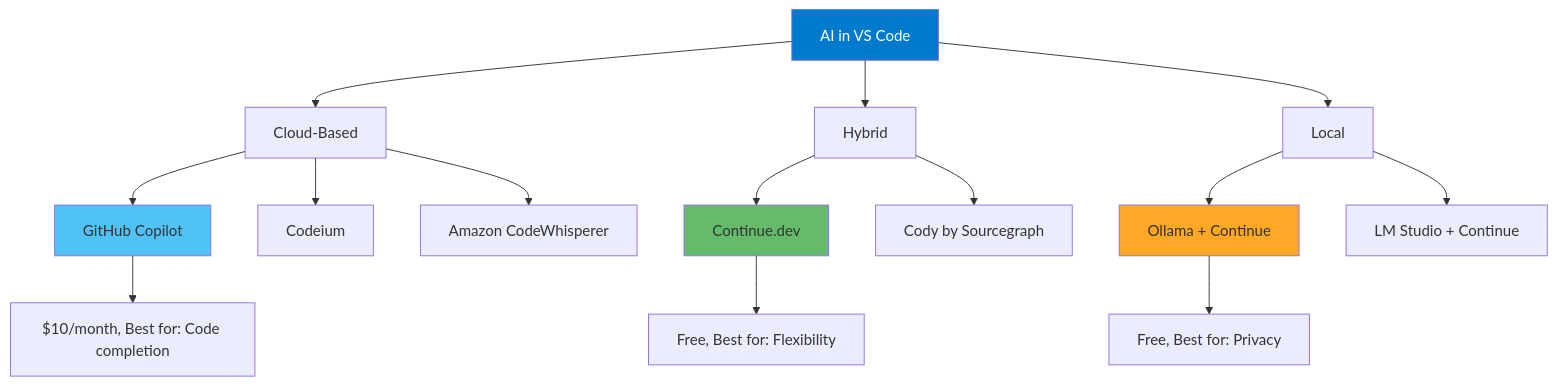
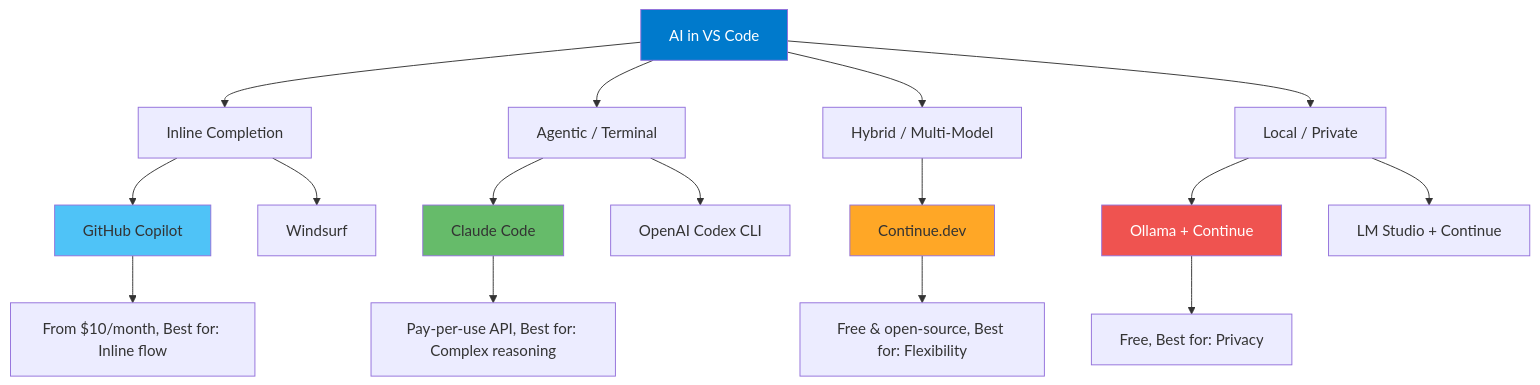
The first of 2 diagrams in public/data/workshops/vscode-learning-pathway/09-ai-integration.md (DreamLab-AI/dreamlab-ai-website), drawn with Mermaid before and after one commit. The commit also changed other lines of this file and 111 other files, not shown here.

First line of the commit message:
feat(workshops): comprehensive 2026 update + Docker & Claude Code deep dives

````diff
--- a/public/data/workshops/vscode-learning-pathway/09-ai-integration.md
+++ b/public/data/workshops/vscode-learning-pathway/09-ai-integration.md
@@ -14,25 +14,29 @@
 ```mermaid
 graph TD
-    A[AI in VS Code] --> B[Cloud-Based]
-    A --> C[Hybrid]
-    A --> D[Local]
+    A[AI in VS Code] --> B[Inline Completion]
+    A --> C[Agentic / Terminal]
+    A --> D[Hybrid / Multi-Model]
+    A --> E[Local / Private]
 
-    B --> E[GitHub Copilot]
-    B --> F[Codeium]
-    B --> G[Amazon CodeWhisperer]
+    B --> F[GitHub Copilot]
+    B --> G[Windsurf]
 
-    C --> H[Continue.dev]
-    C --> I[Cody by Sourcegraph]
+    C --> H[Claude Code]
+    C --> I[OpenAI Codex CLI]
 
-    D --> J[Ollama + Continue]
-    D --> K[LM Studio + Continue]
+    D --> J[Continue.dev]
 
-    E --> L[$10/month, Best for: Code completion]
-    H --> M[Free, Best for: Flexibility]
-    J --> N[Free, Best for: Privacy]
+    E --> K[Ollama + Continue]
+    E --> L[LM Studio + Continue]
+
+    F --> M[From $10/month, Best for: Inline flow]
+    H --> N[Pay-per-use API, Best for: Complex reasoning]
+    J --> O[Free & open-source, Best for: Flexibility]
+    K --> P[Free, Best for: Privacy]
 
     style A fill:#007acc,color:#fff
-    style E fill:#4fc3f7
+    style F fill:#4fc3f7
     style H fill:#66bb6a
     style J fill:#ffa726
+    style K fill:#ef5350,color:#fff
 ```
````
